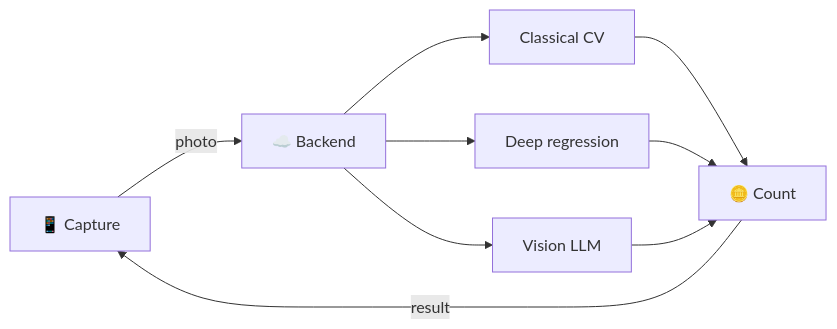
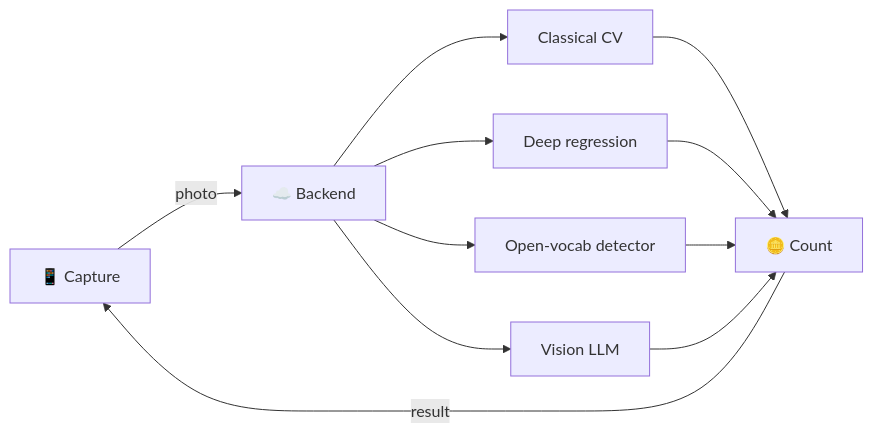
One commit to zozaai/CoinCounter changed the diagram in README.md. Above: the diagram before and after it, drawn with Mermaid. The commit also changed other lines of this file and 10 other files, not shown here.

````diff
--- a/README.md
+++ b/README.md
@@ -48,9 +49,10 @@
 ```mermaid
 flowchart LR
     A["📱 Capture"] -->|photo| B["☁️ Backend"]
     B --> C["Classical CV"]
     B --> D["Deep regression"]
-    B --> E["Vision LLM"]
-    C & D & E --> F["🪙 Count"]
+    B --> E["Open-vocab detector"]
+    B --> G["Vision LLM"]
+    C & D & E & G --> F["🪙 Count"]
     F -->|result| A
 ```
````
